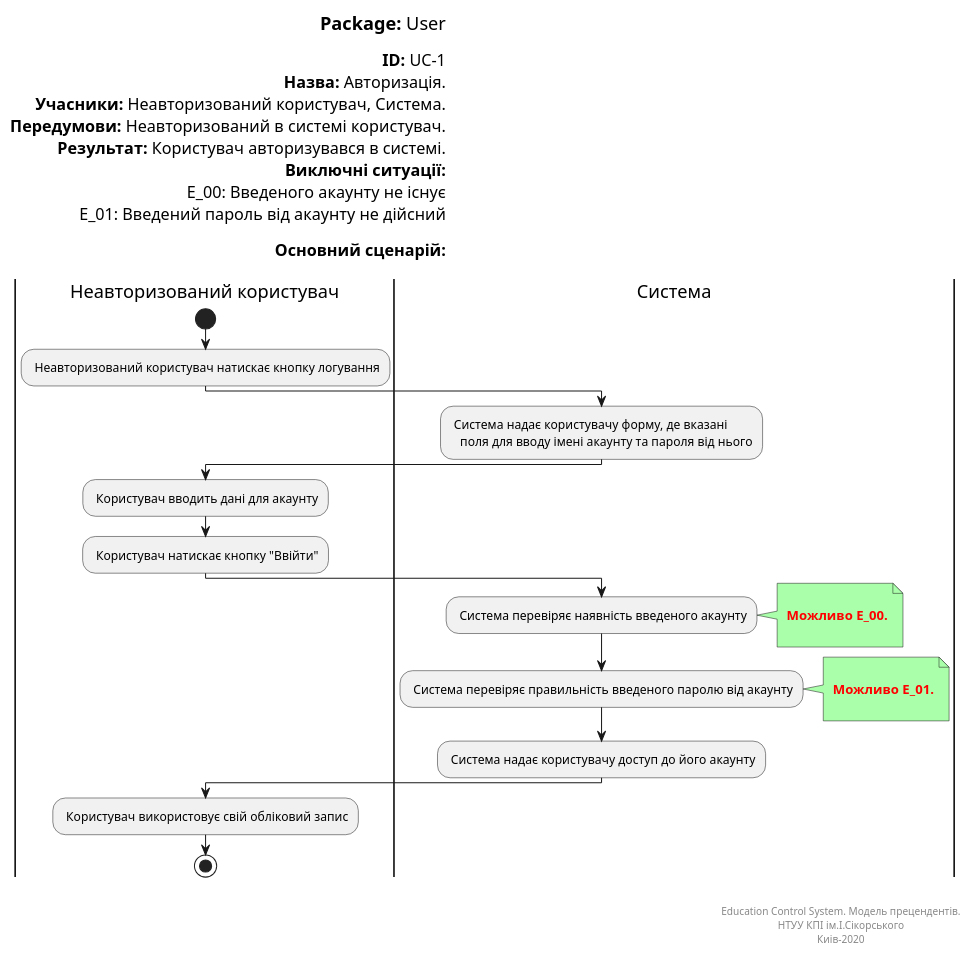
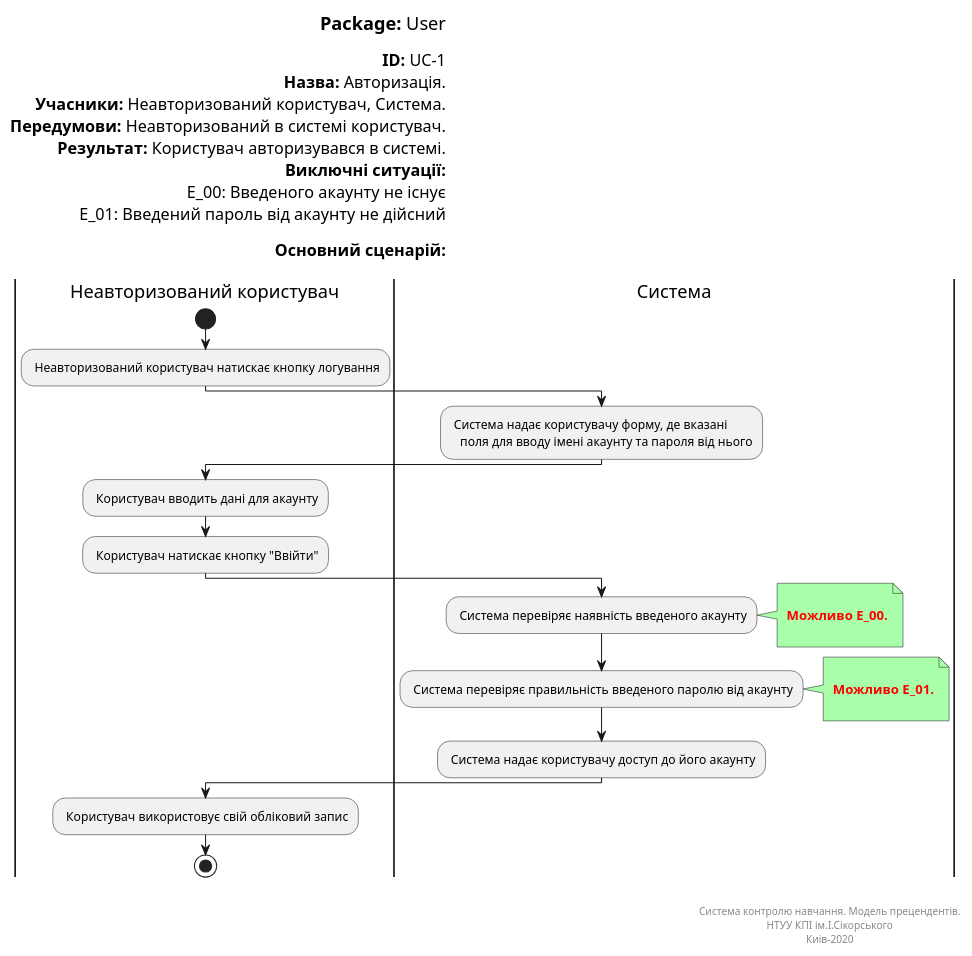
Before and after one commit to vladlinu/TeamOne: the diagram in UML_Diagrams/scenarios/unauthorized_user/src/UC-1.pu, drawn with PlantUML. The commit also changed 8 other files, not shown here.

Commit message:
Education control system

```diff
--- a/UML_Diagrams/scenarios/unauthorized_user/src/UC-1.pu
+++ b/UML_Diagrams/scenarios/unauthorized_user/src/UC-1.pu
@@ -1,62 +1,62 @@
 @startuml
 left header
 <font color=000 size=18><b>Package:</b> User
 
 <font color=000 size=16><b>ID:</b> UC-1
 <font color=000 size=16><b>Назва:</b> Авторизація.
 <font color=000 size=16><b>Учасники:</b> Неавторизований користувач, Система.
 <font color=000 size=16><b>Передумови:</b> Неавторизований в системі користувач.
 <font color=000 size=16><b>Результат:</b> Користувач авторизувався в системі.
 <font color=000 size=16><b>Виключні ситуації:</b>
 <font color=000 size=16> E_00: Введеного акаунту не існує
 <font color=000 size=16> E_01: Введений пароль від акаунту не дійсний 
 
 <font color=000 size=16><b>Основний сценарій:</b>
 
 end header
 
 |Неавторизований користувач|
 start
 : Неавторизований користувач натискає кнопку логування;
 
 |Система|
 : Система надає користувачу форму, де вказані
    поля для вводу імені акаунту та пароля від нього;
 
 |Неавторизований користувач|
 : Користувач вводить дані для акаунту;   
 
 : Користувач натискає кнопку "Ввійти";
 
 |Система|
 : Система перевіряє наявність введеного акаунту;
 note right #aaffaa
 
 <font color=red><b> Можливо E_00.
 
 end note
 
 : Система перевіряє правильність введеного паролю від акаунту;
 
 note right #aaffaa
 
 <font color=red><b> Можливо E_01.
 
 end note
 
 : Система надає користувачу доступ до його акаунту;
 
 |Неавторизований користувач|
 
 : Користувач використовує свій обліковий запис;
 
 stop;
 
 right footer
 
 
-Education Control System. Модель прецендентів.
+Система контролю навчання. Модель прецендентів.
 НТУУ КПІ ім.І.Сікорського
 Киів-2020
 end footer
 @enduml
```
